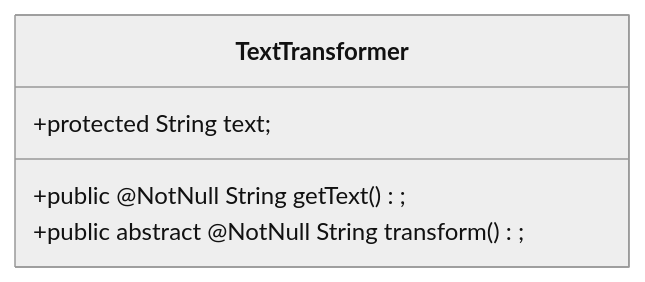
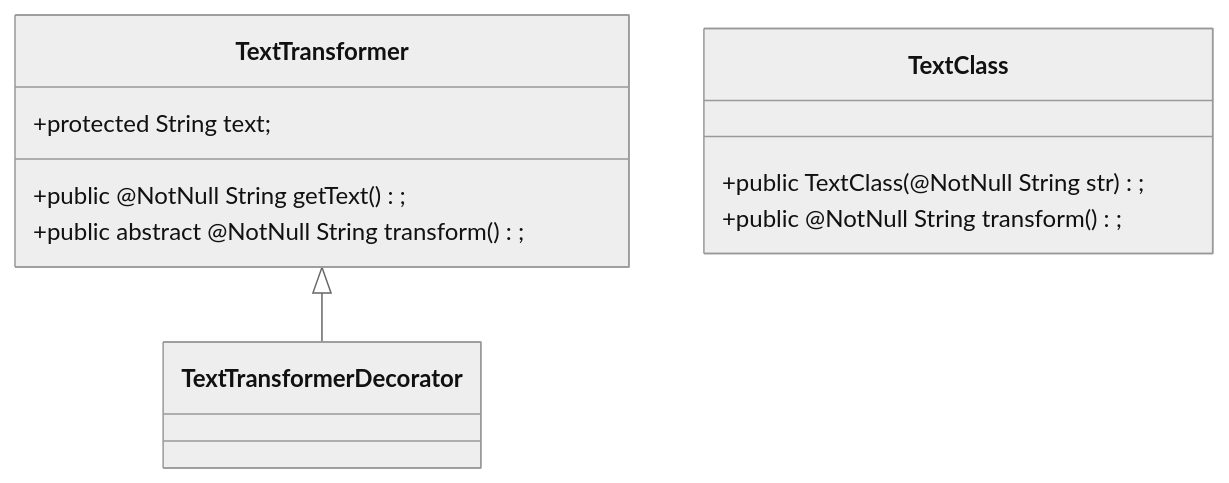
One commit to Dashrek/SK2_R_P_S changed the diagram in exampleclass.md. Above: the diagram before and after it, drawn with Mermaid (neutral theme).

````diff
--- a/exampleclass.md
+++ b/exampleclass.md
@@ -2,8 +2,13 @@
 ```mermaid
 classDiagram
   class TextTransformer {
     +protected String text;
     +public @NotNull String getText();
     +public abstract @NotNull String transform();
   }
+  class TextClass{
+    +public TextClass(@NotNull String str);
+    +public @NotNull String transform();
+  }
+  TextTransformer <|-- TextTransformerDecorator
 ```
````
